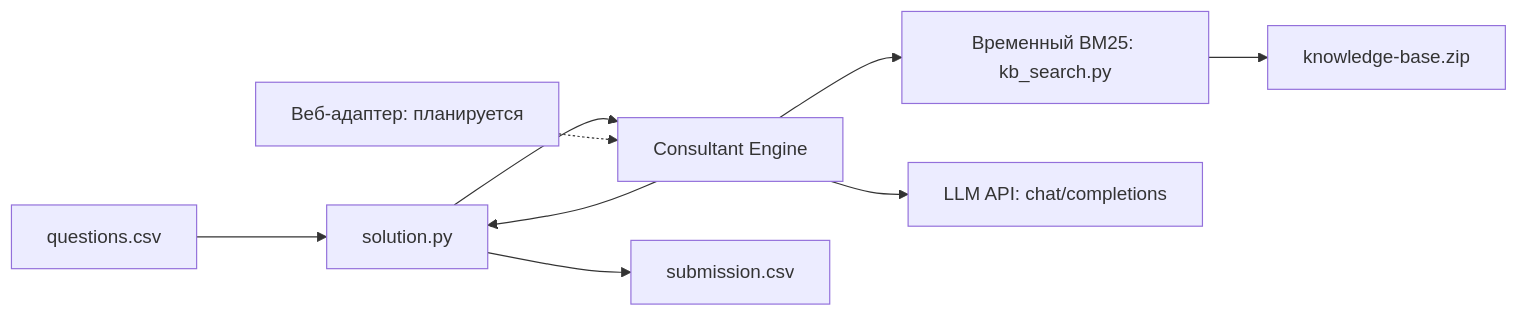
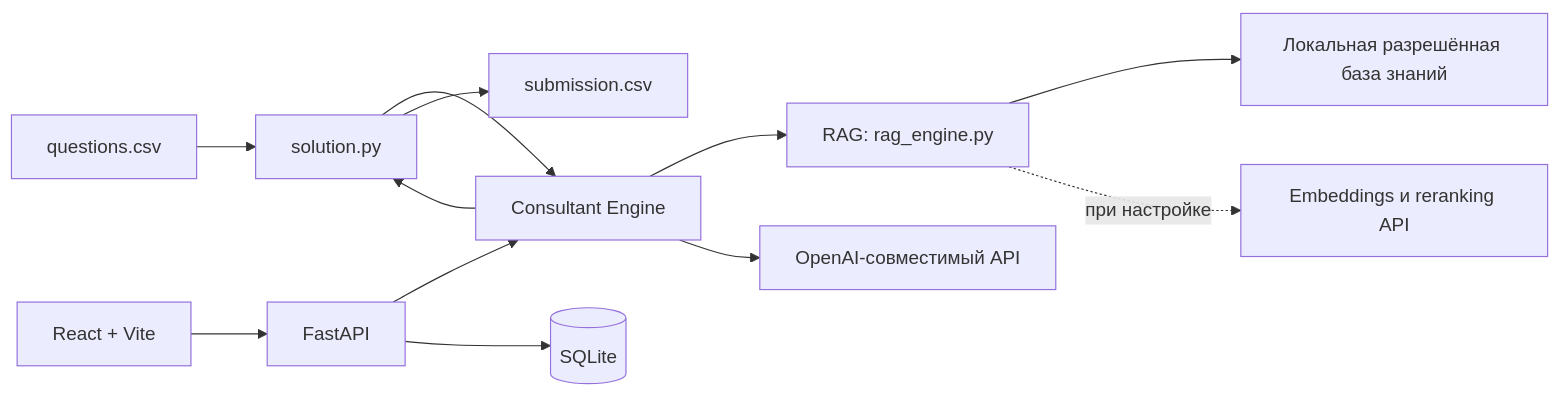
The diagram in README.md (sl4dk1y/MTS-EnergyTool-AI-Consultant), drawn with Mermaid before and after one commit. The commit also changed other lines of this file and 17 other files, not shown here.

````diff
--- a/README.md
+++ b/README.md
@@ -7,11 +7,14 @@
 ```mermaid
 flowchart LR
     CSV[questions.csv] --> Adapter[solution.py]
     Adapter --> Engine[Consultant Engine]
-    Engine --> Search[Временный BM25: kb_search.py]
-    Search --> KB[knowledge-base.zip]
-    Engine --> LLM[LLM API: chat/completions]
+    Web[React + Vite] --> API[FastAPI]
+    API --> Engine
+    Engine --> RAG[RAG: rag_engine.py]
+    RAG --> KB[Локальная разрешённая база знаний]
+    Engine --> LLM[OpenAI-совместимый API]
+    RAG -. при настройке .-> Vector[Embeddings и reranking API]
     Engine --> Adapter
     Adapter --> Output[submission.csv]
-    Web[Веб-адаптер: планируется] -.-> Engine
+    API --> DB[(SQLite)]
 ```
````
